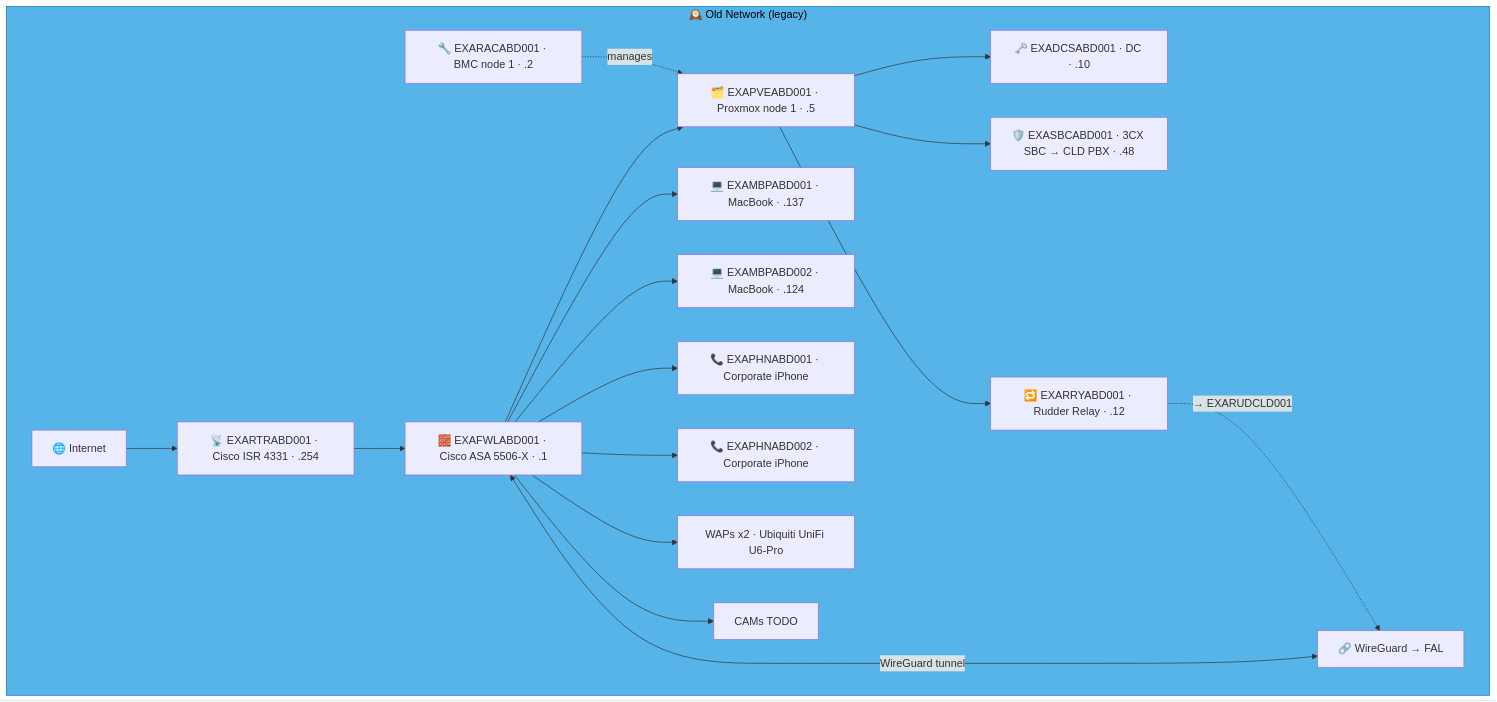
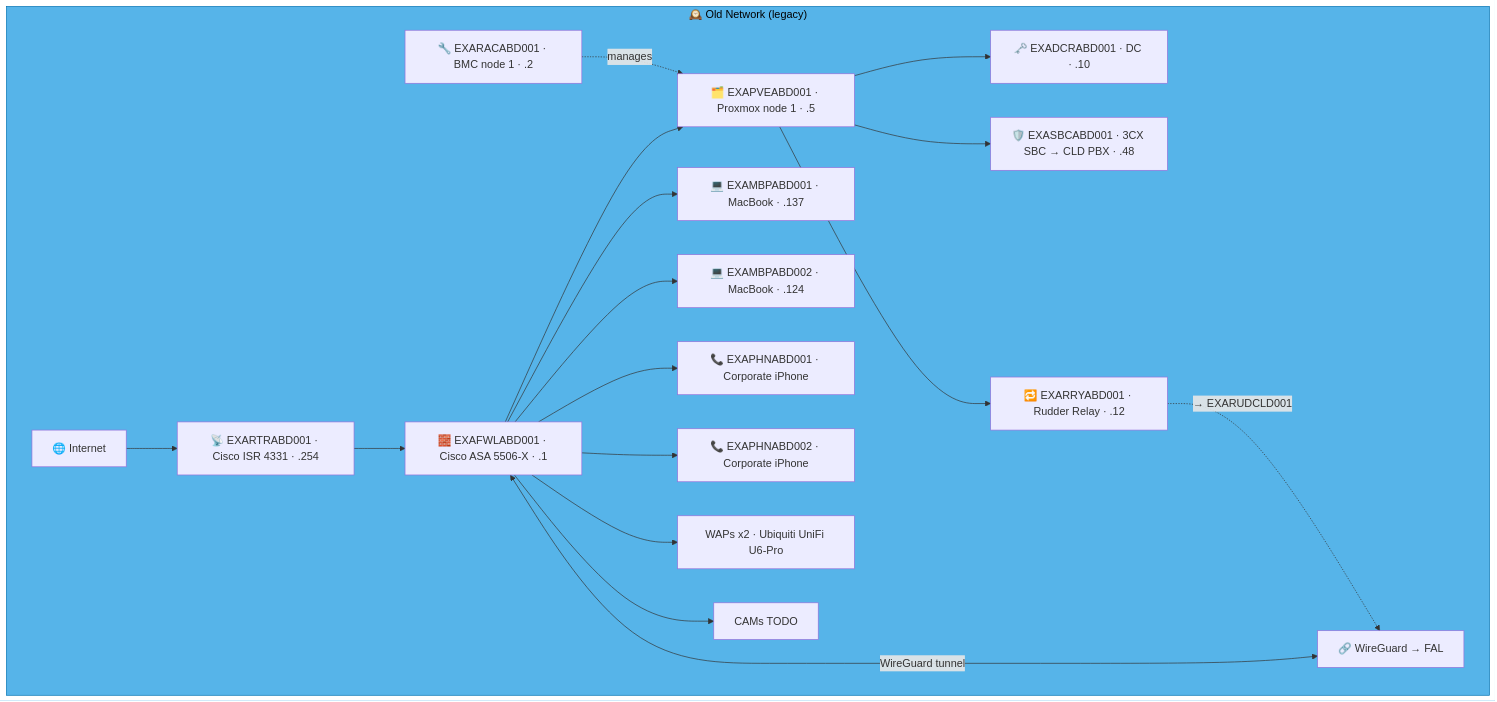
Diagram 20 of 21 in docs/network-diagram/scotland.md (knightmare2600/example_music_infra), drawn with Mermaid before and after one commit. The commit also changed other lines of this file and 8 other files, not shown here.

````diff
--- a/docs/network-diagram/scotland.md
+++ b/docs/network-diagram/scotland.md
@@ -1156,30 +1119,30 @@
 ```mermaid
 graph TD
     subgraph OLD_ABD ["🕰️ Old Network (legacy)"]
       INET["🌐 Internet"]
       FWL["🧱 EXAFWLABD001 · Cisco ASA 5506-X · .1"]
       RTR["📡 EXARTRABD001 · Cisco ISR 4331 · .254"]
       RAC["🔧 EXARACABD001 · BMC node 1 · .2"]
       PVE["🗂️ EXAPVEABD001 · Proxmox node 1 · .5"]
-      DC["🗝️ EXADCSABD001 · DC · .10"]
+      DC["🗝️ EXADCRABD001 · DC · .10"]
       SBC["🛡️ EXASBCABD001 · 3CX SBC → CLD PBX · .48"]
       RRY["🔁 EXARRYABD001 · Rudder Relay · .12"]
       MBP1["💻 EXAMBPABD001 · MacBook · .137"]
       MBP2["💻 EXAMBPABD002 · MacBook · .124"]
       PHN1["📞 EXAPHNABD001 · Corporate iPhone"]
       PHN2["📞 EXAPHNABD002 · Corporate iPhone"]
       WAP["WAPs x2 · Ubiquiti UniFi U6-Pro"]
       CAM["CAMs TODO"]
       VPN["🔗 WireGuard → FAL"]
 
       INET --> RTR --> FWL --> PVE
       PVE --> DC & SBC
       RAC -.->|"manages"| PVE
       FWL --> MBP1 & MBP2 & PHN1 & PHN2 & WAP & CAM
       FWL <-->|"WireGuard tunnel"| VPN
 
       PVE --> RRY
       RRY -. "→ EXARUDCLD001" .-> VPN
     end
     style OLD_ABD fill:#56B4E9,stroke:#0072B2,color:#000000
 ```
````
